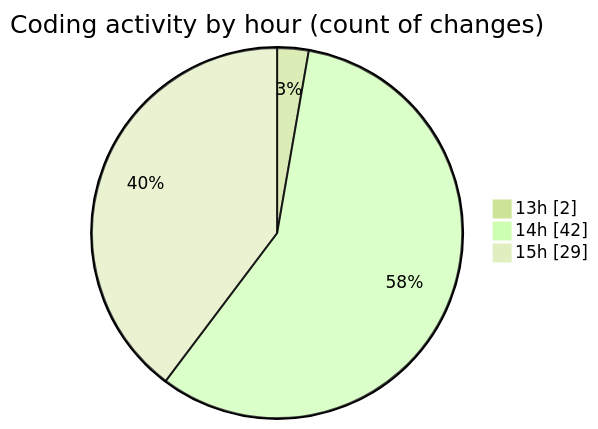
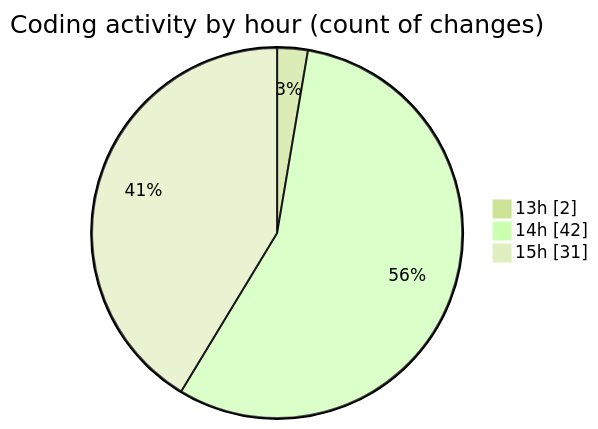
Before and after one commit to nxtqubesakshisongat/code-tracking: the second of 2 diagrams in 2025-05-31/nxtqube_webapp/README.md, drawn with Mermaid (forest theme). The commit also changed other lines of this file and 1 other file, not shown here.

````diff
--- a/2025-05-31/nxtqube_webapp/README.md
+++ b/2025-05-31/nxtqube_webapp/README.md
@@ -35,7 +35,7 @@
 ```mermaid
 pie showData
 title Coding activity by hour (count of changes)
 "13h" : 2
 "14h" : 42
-"15h" : 29
+"15h" : 31
 ```
````
